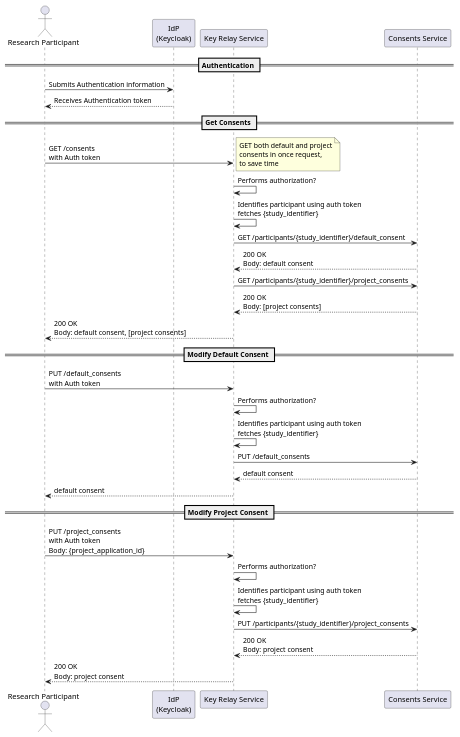
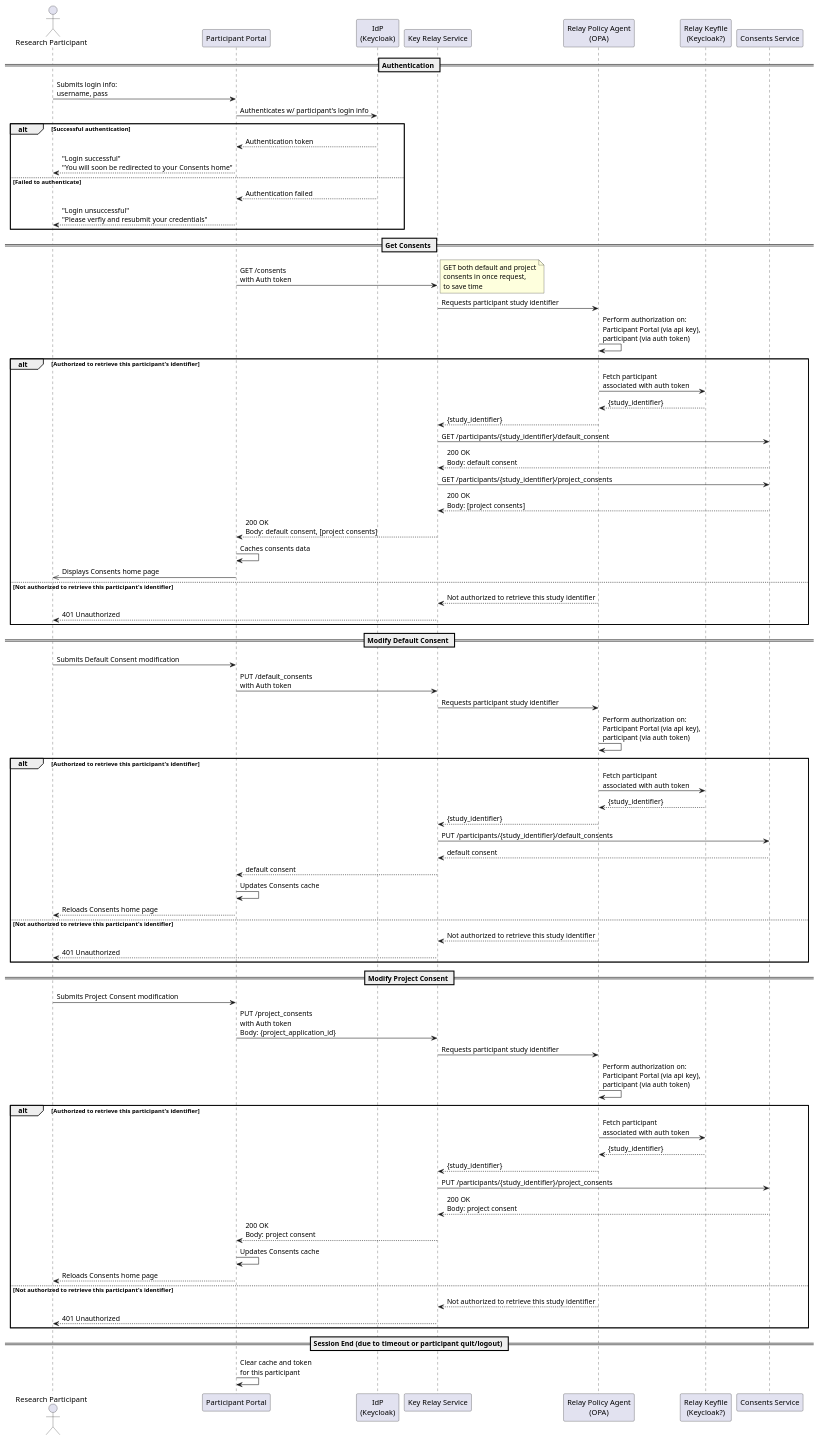
Before and after one commit to dycons/design: the diagram in demo1/diagrams/participant_consent_change.md, drawn with PlantUML. The commit also changed other lines of this file, not shown here.

Commit message:
Consent change seq diagram: Specify participants involved in auth

```diff
--- a/demo1/diagrams/participant_consent_change.md
+++ b/demo1/diagrams/participant_consent_change.md
@@ -4,53 +4,119 @@
 @startuml
 actor "Research Participant" as rp
+participant "Participant Portal" as pp
 participant "IdP\n(Keycloak)" as idp
 participant "Key Relay Service" as krs
+participant "Relay Policy Agent\n(OPA)" as opa
+participant "Relay Keyfile\n(Keycloak?)" as kf
 participant "Consents Service" as cs
 
 
 == Authentication ==
 
-rp -> idp : Submits Authentication information
-idp --> rp : Receives Authentication token
+rp -> pp: Submits login info: \nusername, pass
+pp -> idp: Authenticates w/ participant's login info
+
+alt Successful authentication
+  idp --> pp: Authentication token
+  pp --> rp: "Login successful" \n"You will soon be redirected to your Consents home"
+else Failed to authenticate
+  idp --> pp: Authentication failed
+  pp --> rp: "Login unsuccessful" \n"Please verfiy and resubmit your credentials"
+end
+
 
 == Get Consents ==
 
-rp -> krs: GET /consents \nwith Auth token
+pp -> krs: GET /consents \nwith Auth token
 note right
   GET both default and project
   consents in once request,
   to save time
 end note
-krs -> krs: Performs authorization?
-krs -> krs: Identifies participant using auth token \nfetches {study_identifier}
 
-krs -> cs: GET /participants/{study_identifier}/default_consent
-cs --> krs: 200 OK \nBody: default consent
+krs -> opa: Requests participant study identifier
+opa -> opa: Perform authorization on: \nParticipant Portal (via api key), \nparticipant (via auth token)
 
-krs -> cs: GET /participants/{study_identifier}/project_consents
-cs --> krs: 200 OK \nBody: [project consents]
+alt Authorized to retrieve this participant's identifier
+  opa -> kf: Fetch participant \nassociated with auth token
+  kf --> opa: {study_identifier}
+  opa --> krs: {study_identifier}
 
-krs --> rp: 200 OK \nBody: default consent, [project consents]
+  krs -> cs: GET /participants/{study_identifier}/default_consent
+  cs --> krs: 200 OK \nBody: default consent
+
+  krs -> cs: GET /participants/{study_identifier}/project_consents
+  cs --> krs: 200 OK \nBody: [project consents]
+
+  krs --> pp: 200 OK \nBody: default consent, [project consents]
+
+  pp -> pp: Caches consents data
+  pp ->> rp: Displays Consents home page
+
+else Not authorized to retrieve this participant's identifier
+  opa --> krs: Not authorized to retrieve this study identifier
+  krs --> rp: 401 Unauthorized
+end
+
 
 == Modify Default Consent ==
 
-rp -> krs: PUT /default_consents \nwith Auth token
-krs -> krs: Performs authorization?
-krs -> krs: Identifies participant using auth token \nfetches {study_identifier}
+rp -> pp: Submits Default Consent modification
 
-krs -> cs: PUT /default_consents
-cs --> krs: default consent
+pp -> krs: PUT /default_consents \nwith Auth token
 
-krs --> rp: default consent
+krs -> opa: Requests participant study identifier
+opa -> opa: Perform authorization on: \nParticipant Portal (via api key), \nparticipant (via auth token)
+
+alt Authorized to retrieve this participant's identifier
+  opa -> kf: Fetch participant \nassociated with auth token
+  kf --> opa: {study_identifier}
+  opa --> krs: {study_identifier}
+
+  krs -> cs: PUT /participants/{study_identifier}/default_consents
+  cs --> krs: default consent
+
+  krs --> pp: default consent
+
+  pp -> pp: Updates Consents cache
+  pp --> rp: Reloads Consents home page
+
+else Not authorized to retrieve this participant's identifier
+  opa --> krs: Not authorized to retrieve this study identifier
+  krs --> rp: 401 Unauthorized
+end
+
 
 == Modify Project Consent ==
 
-rp -> krs: PUT /project_consents \nwith Auth token \nBody: {project_application_id}
-krs -> krs: Performs authorization?
-krs -> krs: Identifies participant using auth token \nfetches {study_identifier}
+rp -> pp: Submits Project Consent modification
 
-krs -> cs: PUT /participants/{study_identifier}/project_consents
-cs --> krs: 200 OK \nBody: project consent
+pp -> krs: PUT /project_consents \nwith Auth token \nBody: {project_application_id}
 
-krs --> rp: 200 OK \nBody: project consent
+
+krs -> opa: Requests participant study identifier
+opa -> opa: Perform authorization on: \nParticipant Portal (via api key), \nparticipant (via auth token)
+
+alt Authorized to retrieve this participant's identifier
+  opa -> kf: Fetch participant \nassociated with auth token
+  kf --> opa: {study_identifier}
+  opa --> krs: {study_identifier}
+
+  krs -> cs: PUT /participants/{study_identifier}/project_consents
+  cs --> krs: 200 OK \nBody: project consent
+
+  krs --> pp: 200 OK \nBody: project consent
+
+  pp -> pp: Updates Consents cache
+  pp --> rp: Reloads Consents home page
+
+else Not authorized to retrieve this participant's identifier
+  opa --> krs: Not authorized to retrieve this study identifier
+  krs --> rp: 401 Unauthorized
+end
+
+
+== Session End (due to timeout or participant quit/logout) ==
+
+pp -> pp: Clear cache and token \nfor this participant
 @enduml
```
